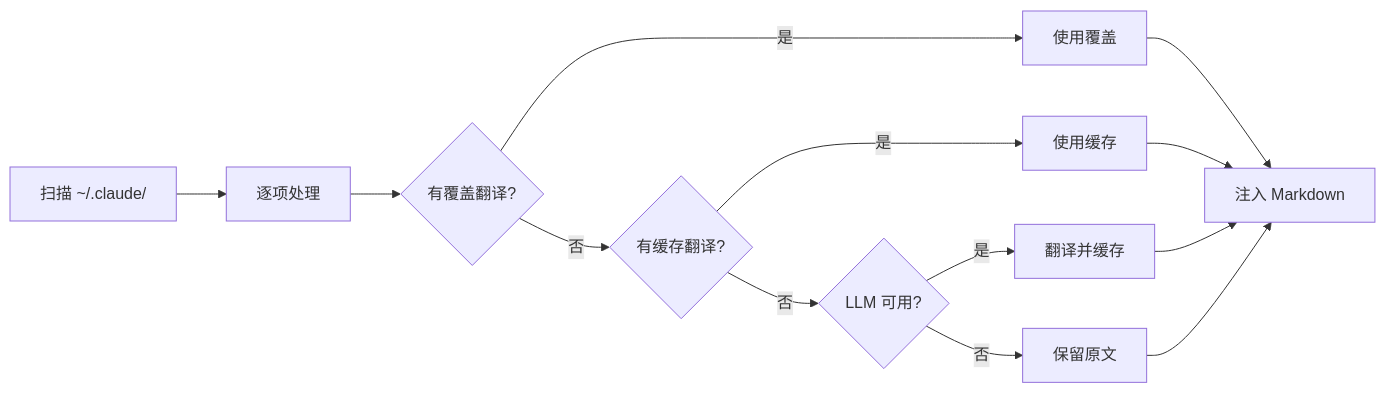
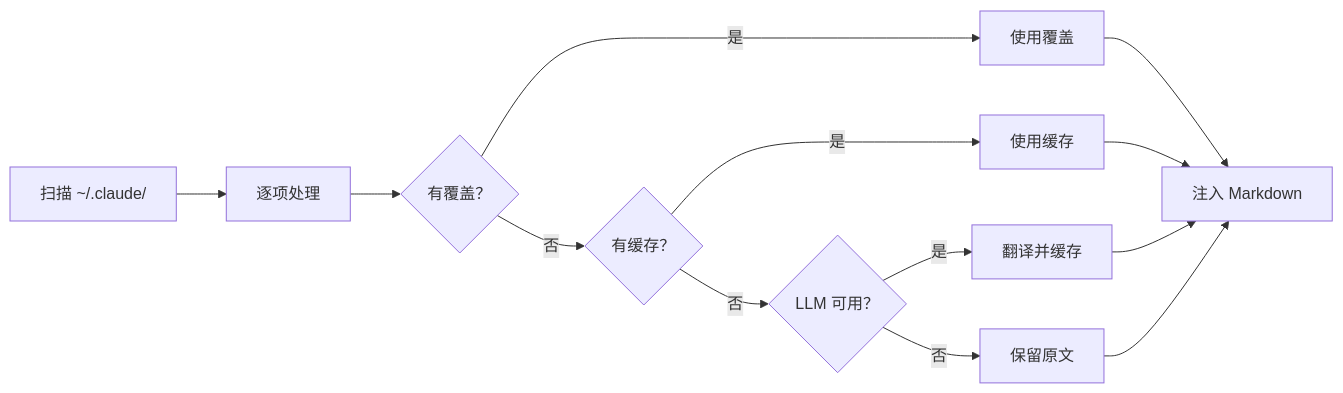
Before and after one commit to debug-zhuweijian/claude-translator: the first of 2 diagrams in README.zh-CN.md, drawn with Mermaid. The commit also changed other lines of this file and 3 other files, not shown here.

````diff
--- a/README.zh-CN.md
+++ b/README.zh-CN.md
@@ -45,15 +72,15 @@
 ```mermaid
 flowchart LR
     A[扫描 ~/.claude/] --> B[逐项处理]
-    B --> C{有覆盖翻译?}
+    B --> C{有覆盖？}
     C -->|是| D[使用覆盖]
-    C -->|否| E{有缓存翻译?}
+    C -->|否| E{有缓存？}
     E -->|是| F[使用缓存]
-    E -->|否| G{LLM 可用?}
+    E -->|否| G{LLM 可用？}
     G -->|是| H[翻译并缓存]
     G -->|否| I[保留原文]
     D --> J[注入 Markdown]
     F --> J
     H --> J
     I --> J
 ```
````
